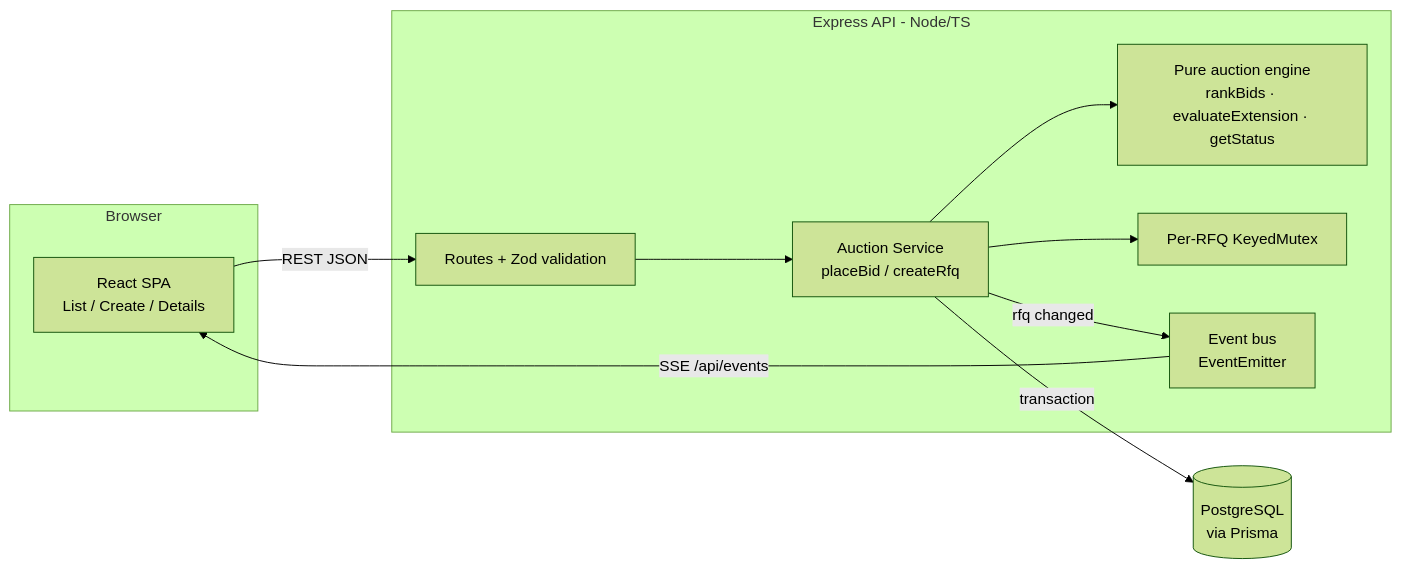
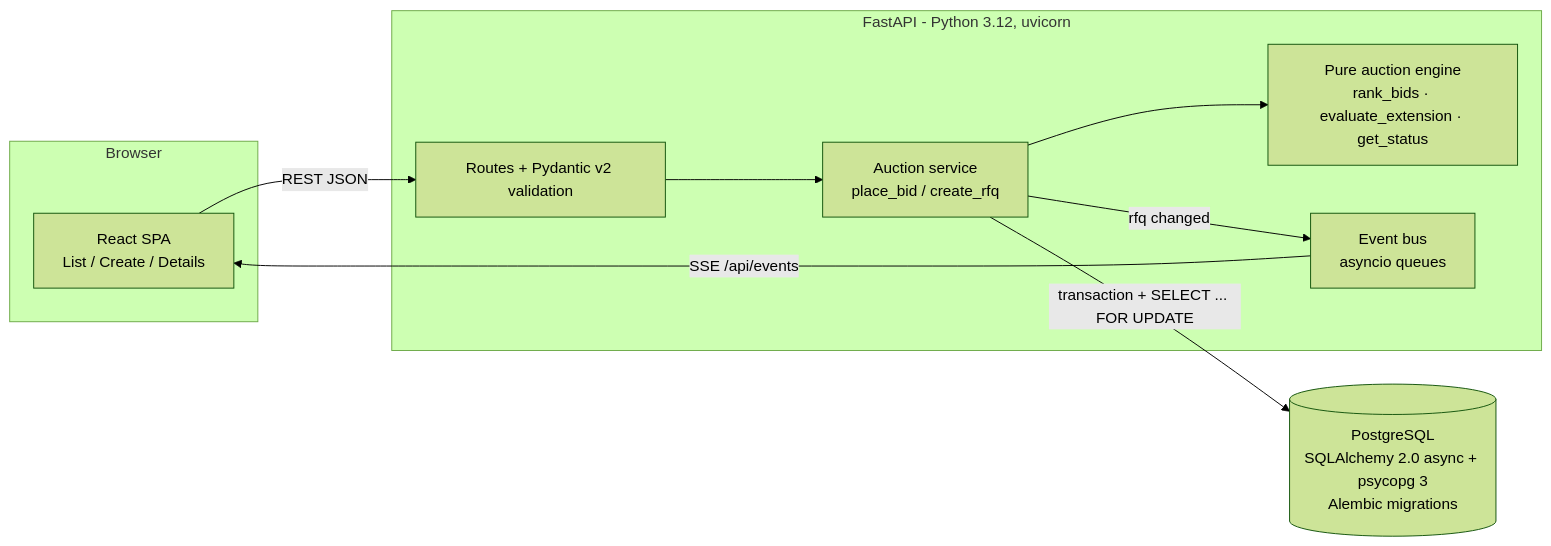
The first of 2 diagrams in docs/HLD.md (Vyoum/gocomet_british), drawn with Mermaid (forest theme) before and after one commit. The commit also changed other lines of this file and 57 other files, not shown here.

First line of the commit message:
Replace Node/Express backend with Python FastAPI

````diff
--- a/docs/HLD.md
+++ b/docs/HLD.md
@@ -5,19 +5,17 @@
 ```mermaid
 flowchart LR
   subgraph Browser
     UI[React SPA<br/>List / Create / Details]
   end
-  subgraph API[Express API - Node/TS]
-    R[Routes + Zod validation]
-    S[Auction Service<br/>placeBid / createRfq]
-    E[Pure auction engine<br/>rankBids · evaluateExtension · getStatus]
-    M[Per-RFQ KeyedMutex]
-    B[Event bus<br/>EventEmitter]
+  subgraph API[FastAPI - Python 3.12, uvicorn]
+    R[Routes + Pydantic v2 validation]
+    S[Auction service<br/>place_bid / create_rfq]
+    E[Pure auction engine<br/>rank_bids · evaluate_extension · get_status]
+    B[Event bus<br/>asyncio queues]
   end
-  DB[(PostgreSQL<br/>via Prisma)]
+  DB[(PostgreSQL<br/>SQLAlchemy 2.0 async + psycopg 3<br/>Alembic migrations)]
   UI -- REST JSON --> R --> S
-  S --> M
   S --> E
-  S -- transaction --> DB
+  S -- "transaction + SELECT ... FOR UPDATE" --> DB
   S -- rfq changed --> B -- SSE /api/events --> UI
 ```
````
